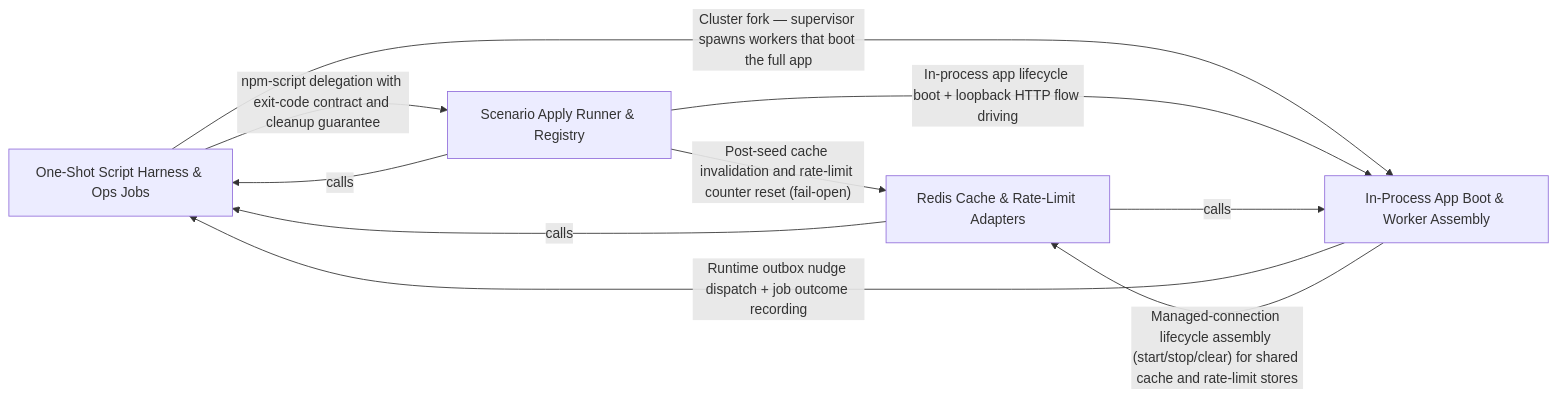
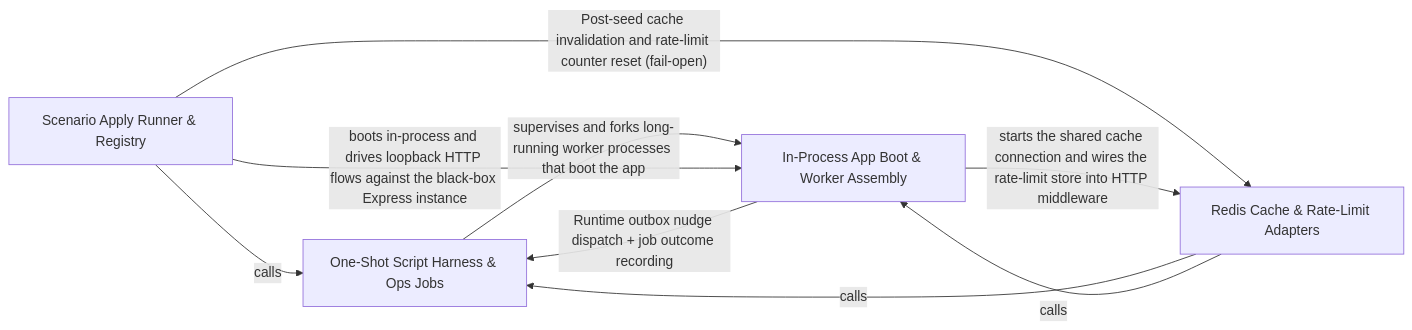
One commit to Guebbit/boilerplate-node-backend changed the diagram in .2brain/arch/Scenario_Apply_Runner_Registry.md. Above: the diagram before and after it, drawn with Mermaid. The commit also changed other lines of this file and 627 other files, not shown here.

````diff
--- a/.2brain/arch/Scenario_Apply_Runner_Registry.md
+++ b/.2brain/arch/Scenario_Apply_Runner_Registry.md
@@ -10,16 +10,15 @@
 ```mermaid
 graph LR
     One_Shot_Script_Harness_Ops_Jobs["One-Shot Script Harness & Ops Jobs"]
     Scenario_Apply_Runner_Registry["Scenario Apply Runner & Registry"]
     Redis_Cache_Rate_Limit_Adapters["Redis Cache & Rate-Limit Adapters"]
     In_Process_App_Boot_Worker_Assembly["In-Process App Boot & Worker Assembly"]
-    One_Shot_Script_Harness_Ops_Jobs -- "npm-script delegation with exit-code contract and cleanup guarantee" --> Scenario_Apply_Runner_Registry
-    One_Shot_Script_Harness_Ops_Jobs -- "Cluster fork — supervisor spawns workers that boot the full app" --> In_Process_App_Boot_Worker_Assembly
+    One_Shot_Script_Harness_Ops_Jobs -- "supervises and forks long-running worker processes that boot the app" --> In_Process_App_Boot_Worker_Assembly
     Scenario_Apply_Runner_Registry -- "calls" --> One_Shot_Script_Harness_Ops_Jobs
     Scenario_Apply_Runner_Registry -- "Post-seed cache invalidation and rate-limit counter reset (fail-open)" --> Redis_Cache_Rate_Limit_Adapters
-    Scenario_Apply_Runner_Registry -- "In-process app lifecycle boot + loopback HTTP flow driving" --> In_Process_App_Boot_Worker_Assembly
+    Scenario_Apply_Runner_Registry -- "boots in-process and drives loopback HTTP flows against the black-box Express instance" --> In_Process_App_Boot_Worker_Assembly
     Redis_Cache_Rate_Limit_Adapters -- "calls" --> One_Shot_Script_Harness_Ops_Jobs
     Redis_Cache_Rate_Limit_Adapters -- "calls" --> In_Process_App_Boot_Worker_Assembly
     In_Process_App_Boot_Worker_Assembly -- "Runtime outbox nudge dispatch + job outcome recording" --> One_Shot_Script_Harness_Ops_Jobs
-    In_Process_App_Boot_Worker_Assembly -- "Managed-connection lifecycle assembly (start/stop/clear) for shared cache and rate-limit stores" --> Redis_Cache_Rate_Limit_Adapters
+    In_Process_App_Boot_Worker_Assembly -- "starts the shared cache connection and wires the rate-limit store into HTTP middleware" --> Redis_Cache_Rate_Limit_Adapters
 ```
````
